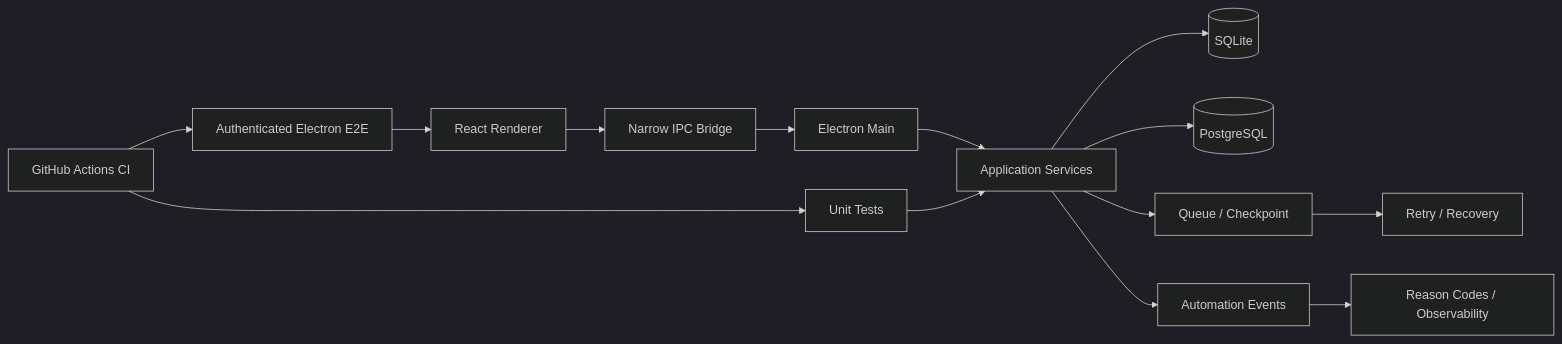
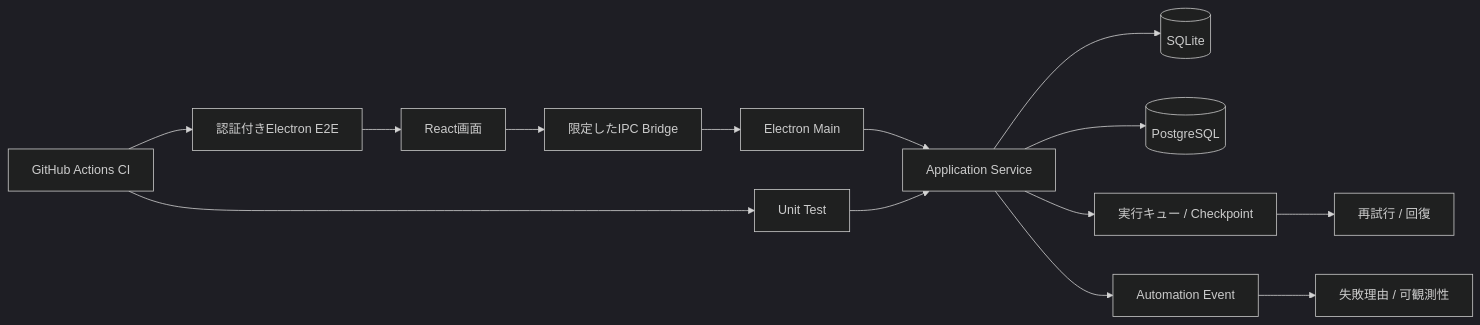
One commit to hiromi1992/ai-engineering-portfolio changed the diagram in projects/04_formpilot.md. Above: the diagram before and after it, drawn with Mermaid (dark theme). The commit also changed other lines of this file, not shown here.

````diff
--- a/projects/04_formpilot.md
+++ b/projects/04_formpilot.md
@@ -9,17 +9,17 @@
 ```mermaid
 flowchart LR
-    A[React Renderer] --> B[Narrow IPC Bridge]
+    A[React画面] --> B[限定したIPC Bridge]
     B --> C[Electron Main]
-    C --> D[Application Services]
+    C --> D[Application Service]
     D --> E[(SQLite)]
     D --> F[(PostgreSQL)]
-    D --> G[Queue / Checkpoint]
-    G --> H[Retry / Recovery]
-    D --> I[Automation Events]
-    I --> J[Reason Codes / Observability]
+    D --> G[実行キュー / Checkpoint]
+    G --> H[再試行 / 回復]
+    D --> I[Automation Event]
+    I --> J[失敗理由 / 可観測性]
 
-    K[Unit Tests] --> D
-    L[Authenticated Electron E2E] --> A
+    K[Unit Test] --> D
+    L[認証付きElectron E2E] --> A
     M[GitHub Actions CI] --> K
     M --> L
 ```
````
